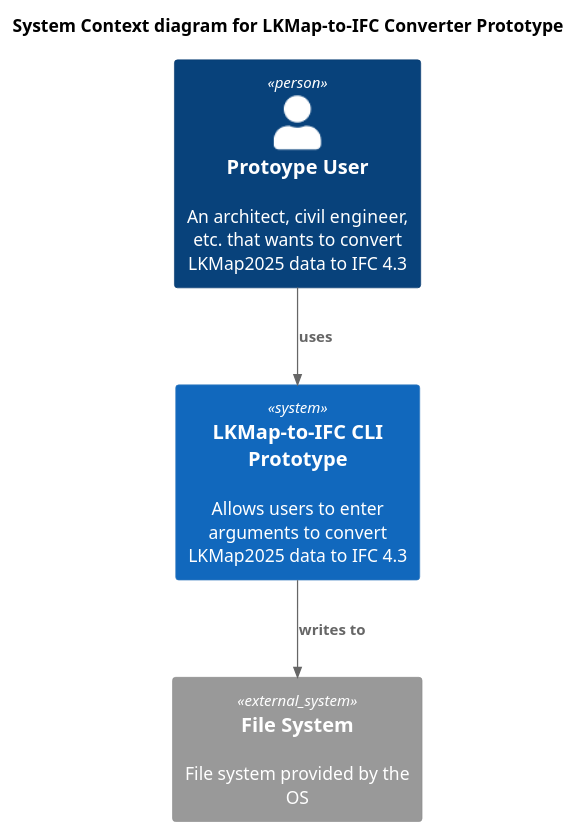
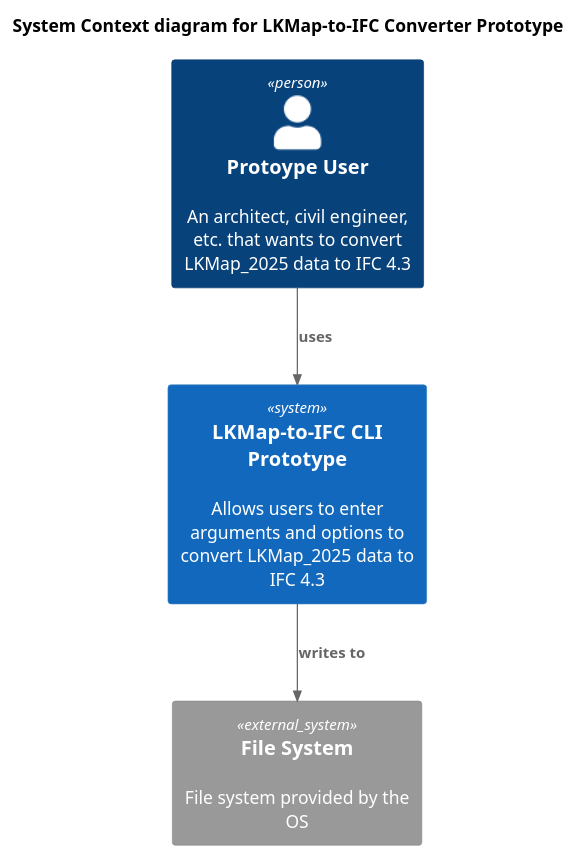
One commit to jmaier241117/LKMap2025_to_IFC_cli changed the diagram in resources/ContextDiagram.puml. Above: the diagram before and after it, drawn with PlantUML. The commit also changed 10 other files, not shown here.

```diff
--- a/resources/ContextDiagram.puml
+++ b/resources/ContextDiagram.puml
@@ -1,13 +1,13 @@
 @startuml
 !include C4_Context.puml
 
 title System Context diagram for LKMap-to-IFC Converter Prototype
 
-Person(user, "Protoype User", "An architect, civil engineer, etc. that wants to convert LKMap2025 data to IFC 4.3 ")
-System(LKMap_2_IFC_Converter_Prototype, "LKMap-to-IFC CLI Prototype", "Allows users to enter arguments to convert LKMap2025 data to IFC 4.3")
+Person(user, "Protoype User", "An architect, civil engineer, etc. that wants to convert LKMap_2025 data to IFC 4.3 ")
+System(LKMap_2_IFC_Converter_Prototype, "LKMap-to-IFC CLI Prototype", "Allows users to enter arguments and options to convert LKMap_2025 data to IFC 4.3")
 System_Ext(filesystem, "File System", "File system provided by the OS")
 
 Rel(user, LKMap_2_IFC_Converter_Prototype, "uses")
 Rel(LKMap_2_IFC_Converter_Prototype, filesystem, "writes to")
 
 @enduml
```
